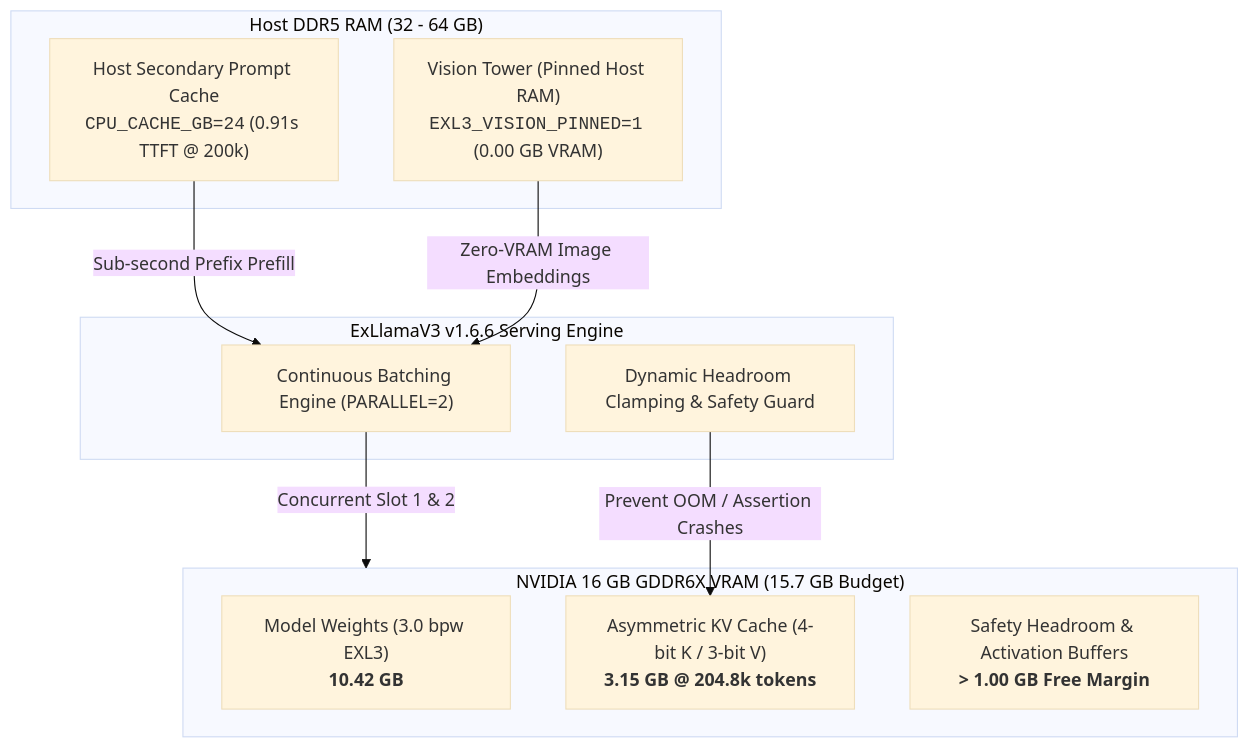
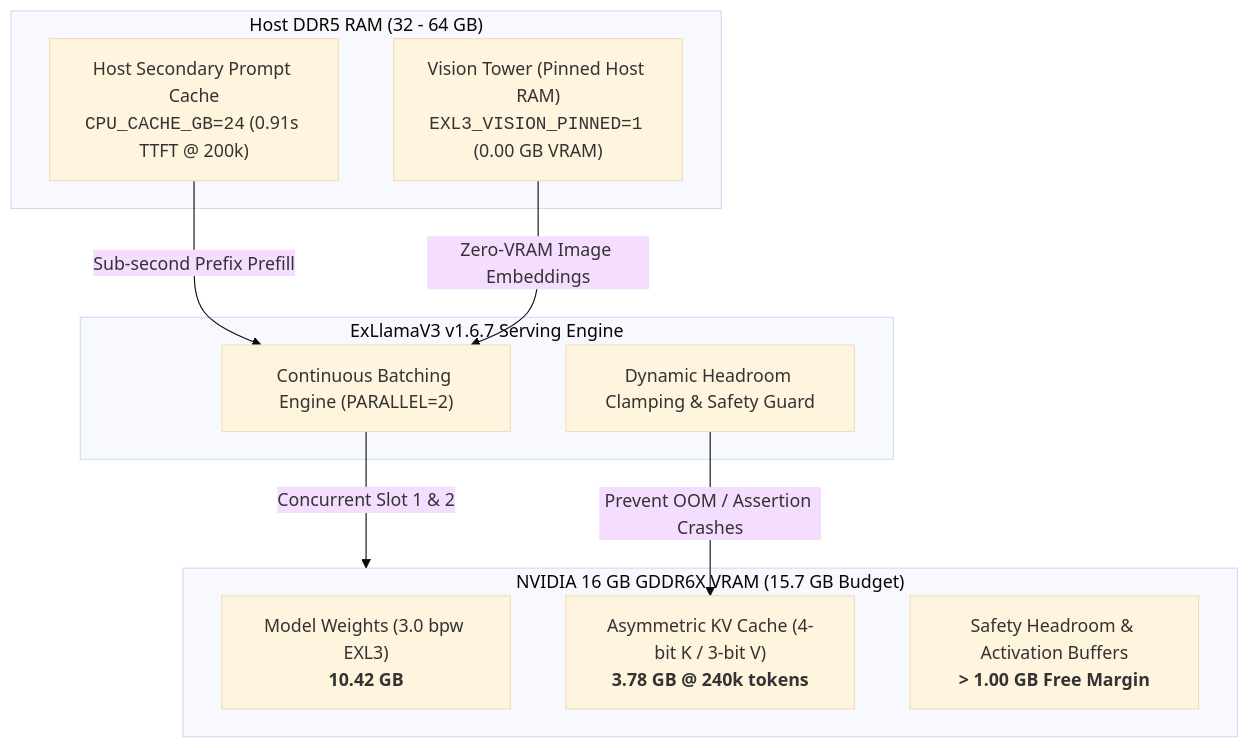
One commit to saas-home/Qwen3.8-27B-NV-16GB changed the diagram in README.md. Above: the diagram before and after it, drawn with Mermaid (base theme). The commit also changed other lines of this file and 12 other files, not shown here.

````diff
--- a/README.md
+++ b/README.md
@@ -83,23 +84,23 @@
 ```mermaid
 flowchart TD
     subgraph GPU_VRAM["NVIDIA 16 GB GDDR6X VRAM (15.7 GB Budget)"]
         Weights["Model Weights (3.0 bpw EXL3)<br/><b>10.42 GB</b>"]
-        KVCache["Asymmetric KV Cache (4-bit K / 3-bit V)<br/><b>3.15 GB @ 204.8k tokens</b>"]
+        KVCache["Asymmetric KV Cache (4-bit K / 3-bit V)<br/><b>3.78 GB @ 240k tokens</b>"]
         Headroom["Safety Headroom & Activation Buffers<br/><b>> 1.00 GB Free Margin</b>"]
     end
 
     subgraph HOST_RAM["Host DDR5 RAM (32 - 64 GB)"]
         Vision["Vision Tower (Pinned Host RAM)<br/><code>EXL3_VISION_PINNED=1</code> (0.00 GB VRAM)"]
         CPUCache["Host Secondary Prompt Cache<br/><code>CPU_CACHE_GB=24</code> (0.91s TTFT @ 200k)"]
     end
 
-    subgraph ENGINE["ExLlamaV3 v1.6.6 Serving Engine"]
+    subgraph ENGINE["ExLlamaV3 v1.6.7 Serving Engine"]
         Batcher["Continuous Batching Engine (PARALLEL=2)"]
         Clamp["Dynamic Headroom Clamping & Safety Guard"]
     end
 
     Batcher -->|Concurrent Slot 1 & 2| GPU_VRAM
     CPUCache -->|Sub-second Prefix Prefill| Batcher
     Vision -->|Zero-VRAM Image Embeddings| Batcher
     Clamp -->|Prevent OOM / Assertion Crashes| KVCache
 ```
````
